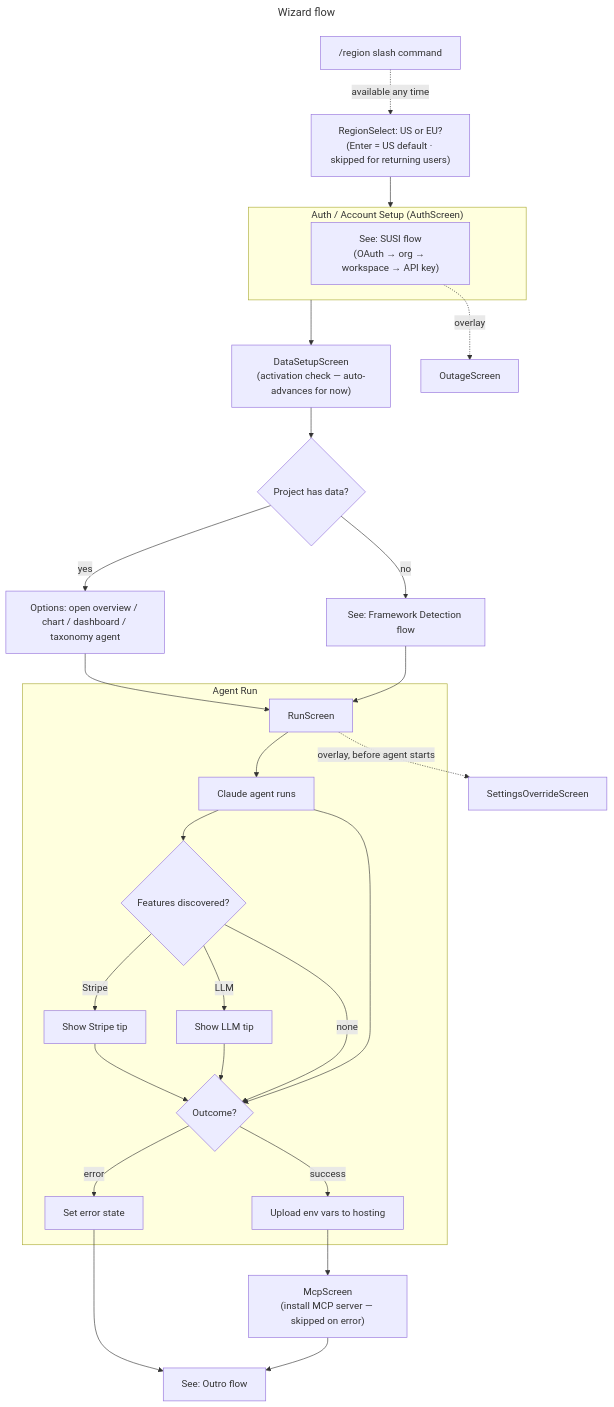
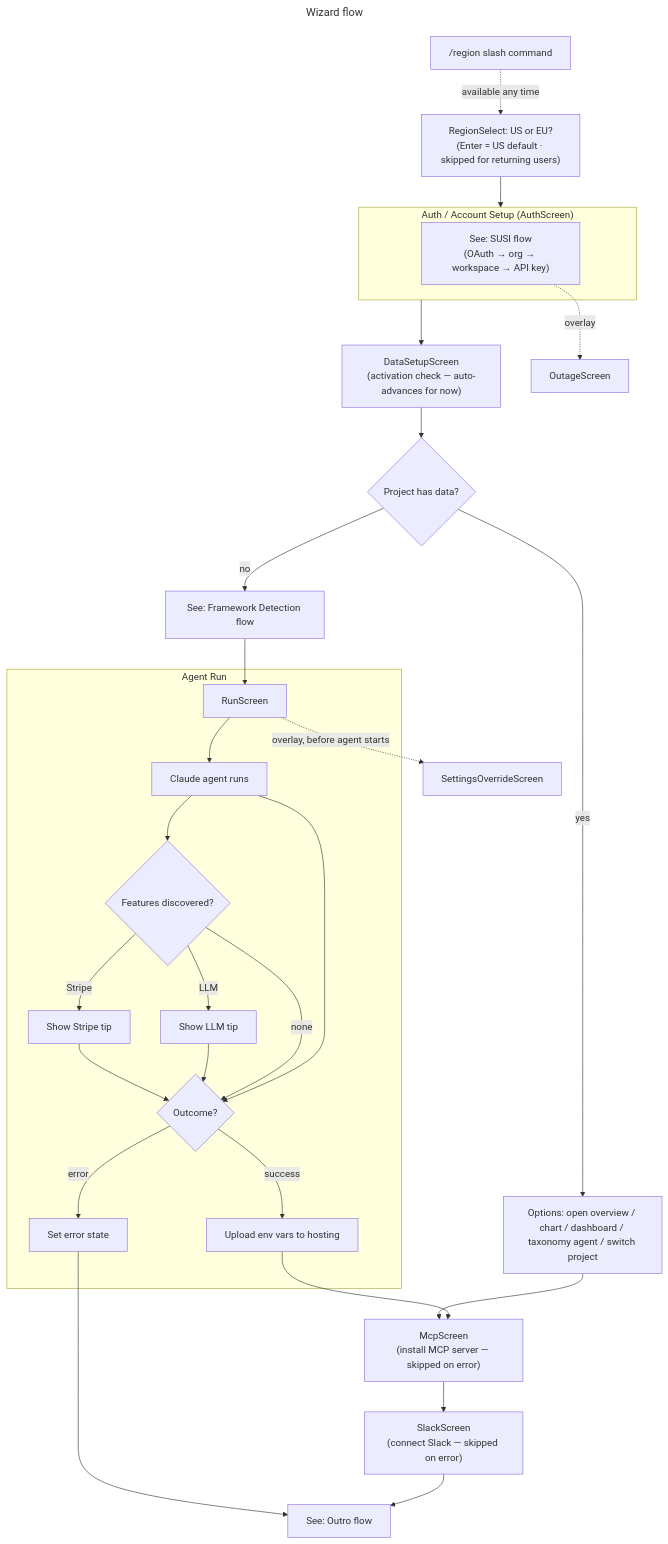
Before and after one commit to amplitude/wizard: the second of 7 diagrams in docs/flows.md, drawn with Mermaid. The commit also changed other lines of this file and 3 other files, not shown here.

First line of the commit message:
docs(qa): update feature files and flows.md based on PM QA review

````diff
--- a/docs/flows.md
+++ b/docs/flows.md
@@ -56,41 +57,42 @@
 ```mermaid
 ---
 title: Wizard flow
 ---
 flowchart TD
     REGION_SELECT["RegionSelect: US or EU?<br/>(Enter = US default · skipped for returning users)"]
     REGION_SELECT --> AUTH
 
     subgraph AUTH ["Auth / Account Setup (AuthScreen)"]
         SUSI["See: SUSI flow<br/>(OAuth → org → workspace → API key)"]
     end
 
     AUTH --> DATA_SETUP["DataSetupScreen<br/>(activation check — auto-advances for now)"]
     DATA_SETUP --> DATA_CHECK{Project has data?}
 
     DATA_CHECK -->|no| FRAMEWORK["See: Framework Detection flow"]
-    DATA_CHECK -->|yes| OPTIONS["Options: open overview / chart / dashboard / taxonomy agent"]
+    DATA_CHECK -->|yes| OPTIONS["Options: open overview / chart / dashboard / taxonomy agent / switch project"]
 
-    OPTIONS --> RUN
+    OPTIONS --> MCP_SCREEN
     FRAMEWORK --> RUN
 
     SLASH_REGION["/region slash command"] -. available any time .-> REGION_SELECT
 
     subgraph AGENT_RUN ["Agent Run"]
         RUN["RunScreen"] --> AGENT["Claude agent runs"]
         AGENT --> FEATURES{Features discovered?}
         FEATURES -->|Stripe| STRIPE_TIP["Show Stripe tip"] --> OUTCOME
         FEATURES -->|LLM| LLM_TIP["Show LLM tip"] --> OUTCOME
         FEATURES -->|none| OUTCOME
         AGENT --> OUTCOME{Outcome?}
         OUTCOME -->|success| POST["Upload env vars to hosting"]
         OUTCOME -->|error| ERR["Set error state"]
     end
 
     POST --> MCP_SCREEN["McpScreen<br/>(install MCP server — skipped on error)"]
     ERR --> OUTRO["See: Outro flow"]
-    MCP_SCREEN --> OUTRO
+    MCP_SCREEN --> SLACK_SCREEN["SlackScreen<br/>(connect Slack — skipped on error)"]
+    SLACK_SCREEN --> OUTRO
 
     SUSI -. overlay .-> OUTAGE["OutageScreen"]
     RUN -. overlay, before agent starts .-> SETTINGS_OVR["SettingsOverrideScreen"]
 ```
````
